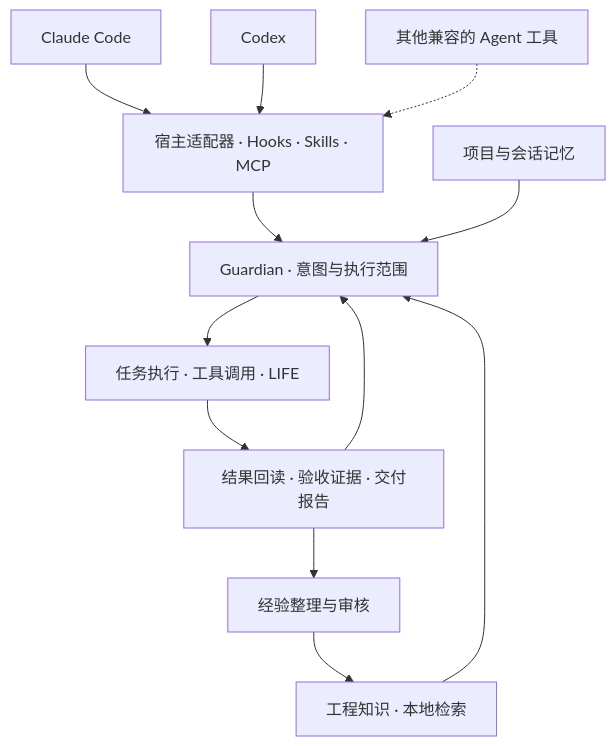
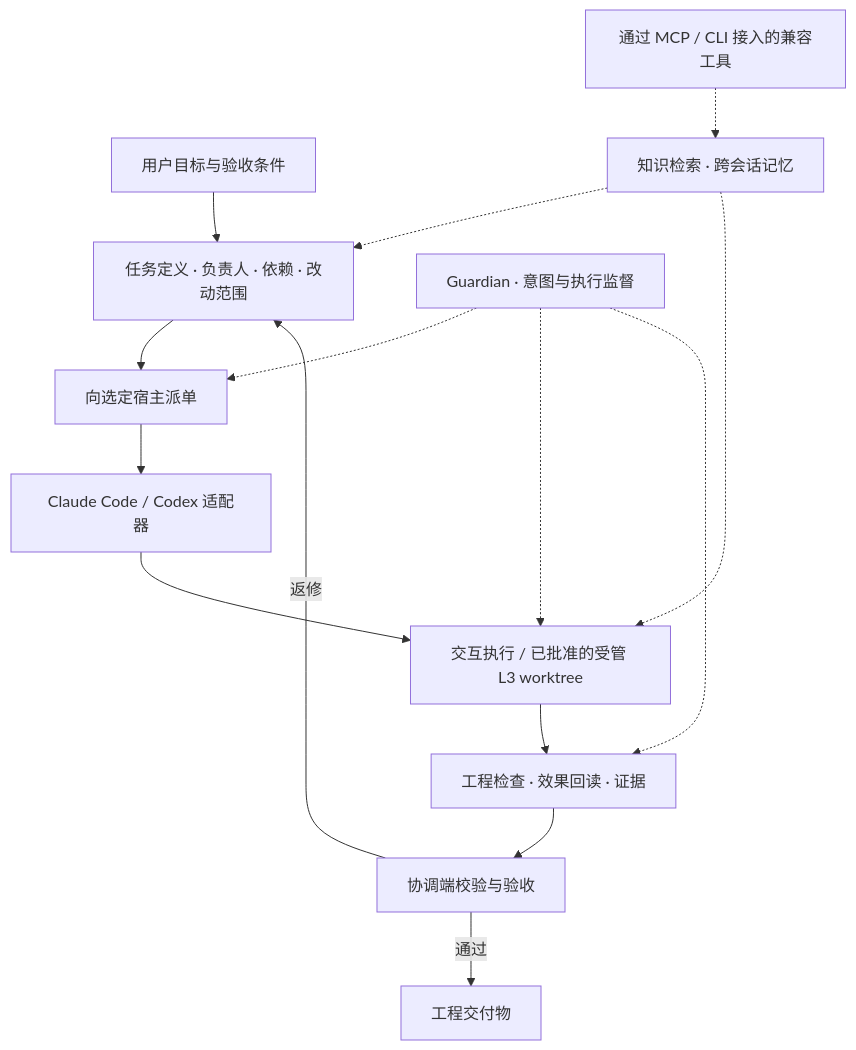
The diagram in README.zh-CN.md (EthanReedLabs/sulde), drawn with Mermaid before and after one commit. The commit also changed other lines of this file and 4 other files, not shown here.

````diff
--- a/README.zh-CN.md
+++ b/README.zh-CN.md
@@ -46,14 +56,17 @@
 ```mermaid
 flowchart TB
-    Claude[Claude Code] --> Adapters[宿主适配器 · Hooks · Skills · MCP]
-    Codex[Codex] --> Adapters
-    Compatible[其他兼容的 Agent 工具] -.-> Adapters
-    Adapters --> Guardian[Guardian · 意图与执行范围]
-    Guardian --> Execution[任务执行 · 工具调用 · LIFE]
-    Execution --> Evidence[结果回读 · 验收证据 · 交付报告]
-    Evidence --> Guardian
-    Knowledge[工程知识 · 本地检索] --> Guardian
-    Memory[项目与会话记忆] --> Guardian
-    Evidence --> Review[经验整理与审核]
-    Review --> Knowledge
+    Intent[用户目标与验收条件] --> Tasks[任务定义 · 负责人 · 依赖 · 改动范围]
+    Tasks --> Dispatch[向选定宿主派单]
+    Dispatch --> Adapters[Claude Code / Codex 适配器]
+    Adapters --> Execution[交互执行 / 已批准的受管 L3 worktree]
+    Execution --> Checks[工程检查 · 效果回读 · 证据]
+    Checks --> Review[协调端校验与验收]
+    Review -->|通过| Delivery[工程交付物]
+    Review -->|返修| Tasks
+    Guardian[Guardian · 意图与执行监督] -.-> Dispatch
+    Guardian -.-> Execution
+    Guardian -.-> Checks
+    Context[知识检索 · 跨会话记忆] -.-> Tasks
+    Context -.-> Execution
+    Compatible[通过 MCP / CLI 接入的兼容工具] -.-> Context
 ```
````
